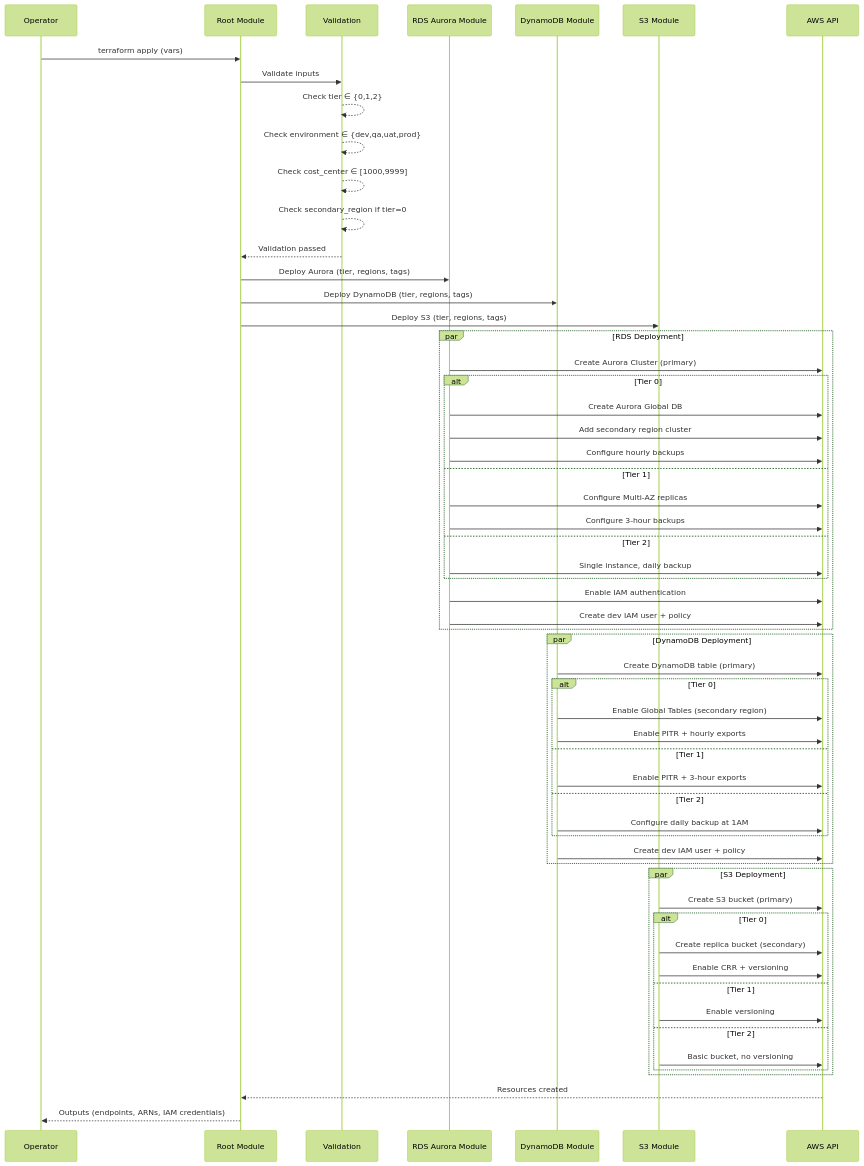
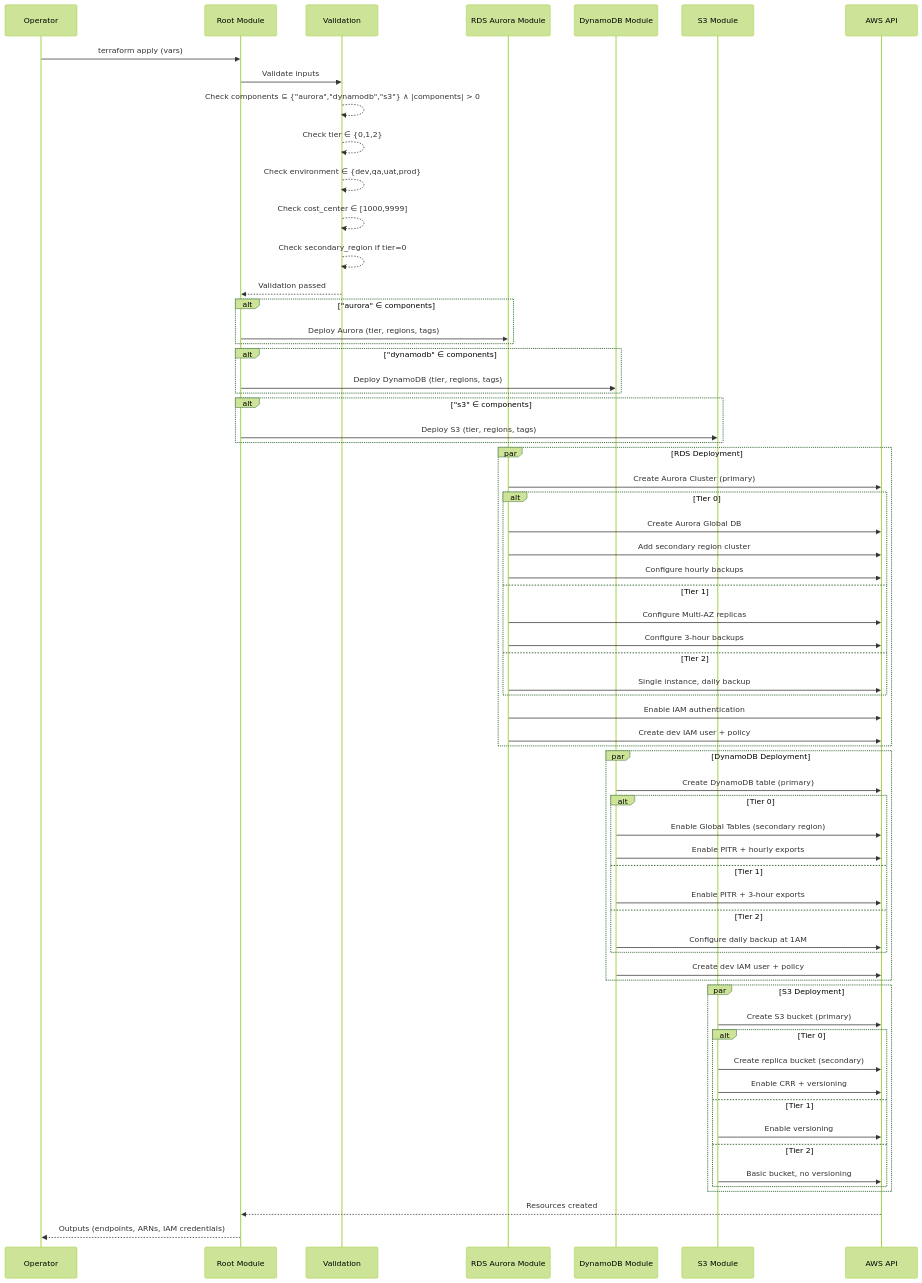
Before and after one commit to fmorenod81/tf-modules: the second of 3 diagrams in .kiro/specs/terraform-tiered-aws-modules/design.md, drawn with Mermaid (forest theme). The commit also changed other lines of this file and 5 other files, not shown here.

````diff
--- a/.kiro/specs/terraform-tiered-aws-modules/design.md
+++ b/.kiro/specs/terraform-tiered-aws-modules/design.md
@@ -55,66 +58,73 @@
 ```mermaid
 sequenceDiagram
     participant User as Operator
     participant Root as Root Module
     participant Val as Validation
     participant RDS as RDS Aurora Module
     participant DDB as DynamoDB Module
     participant S3M as S3 Module
     participant AWS as AWS API
 
     User->>Root: terraform apply (vars)
     Root->>Val: Validate inputs
+    Val-->>Val: Check components ⊆ {"aurora","dynamodb","s3"} ∧ |components| > 0
     Val-->>Val: Check tier ∈ {0,1,2}
     Val-->>Val: Check environment ∈ {dev,qa,uat,prod}
     Val-->>Val: Check cost_center ∈ [1000,9999]
     Val-->>Val: Check secondary_region if tier=0
     Val-->>Root: Validation passed
 
-    Root->>RDS: Deploy Aurora (tier, regions, tags)
-    Root->>DDB: Deploy DynamoDB (tier, regions, tags)
-    Root->>S3M: Deploy S3 (tier, regions, tags)
+    alt "aurora" ∈ components
+        Root->>RDS: Deploy Aurora (tier, regions, tags)
+    end
+    alt "dynamodb" ∈ components
+        Root->>DDB: Deploy DynamoDB (tier, regions, tags)
+    end
+    alt "s3" ∈ components
+        Root->>S3M: Deploy S3 (tier, regions, tags)
+    end
 
     par RDS Deployment
         RDS->>AWS: Create Aurora Cluster (primary)
         alt Tier 0
             RDS->>AWS: Create Aurora Global DB
             RDS->>AWS: Add secondary region cluster
             RDS->>AWS: Configure hourly backups
         else Tier 1
             RDS->>AWS: Configure Multi-AZ replicas
             RDS->>AWS: Configure 3-hour backups
         else Tier 2
             RDS->>AWS: Single instance, daily backup
         end
         RDS->>AWS: Enable IAM authentication
         RDS->>AWS: Create dev IAM user + policy
     end
 
     par DynamoDB Deployment
         DDB->>AWS: Create DynamoDB table (primary)
         alt Tier 0
             DDB->>AWS: Enable Global Tables (secondary region)
             DDB->>AWS: Enable PITR + hourly exports
         else Tier 1
             DDB->>AWS: Enable PITR + 3-hour exports
         else Tier 2
             DDB->>AWS: Configure daily backup at 1AM
         end
         DDB->>AWS: Create dev IAM user + policy
     end
 
     par S3 Deployment
         S3M->>AWS: Create S3 bucket (primary)
         alt Tier 0
             S3M->>AWS: Create replica bucket (secondary)
             S3M->>AWS: Enable CRR + versioning
         else Tier 1
             S3M->>AWS: Enable versioning
         else Tier 2
             S3M->>AWS: Basic bucket, no versioning
         end
     end
 
     AWS-->>Root: Resources created
     Root-->>User: Outputs (endpoints, ARNs, IAM credentials)
 ```
````
